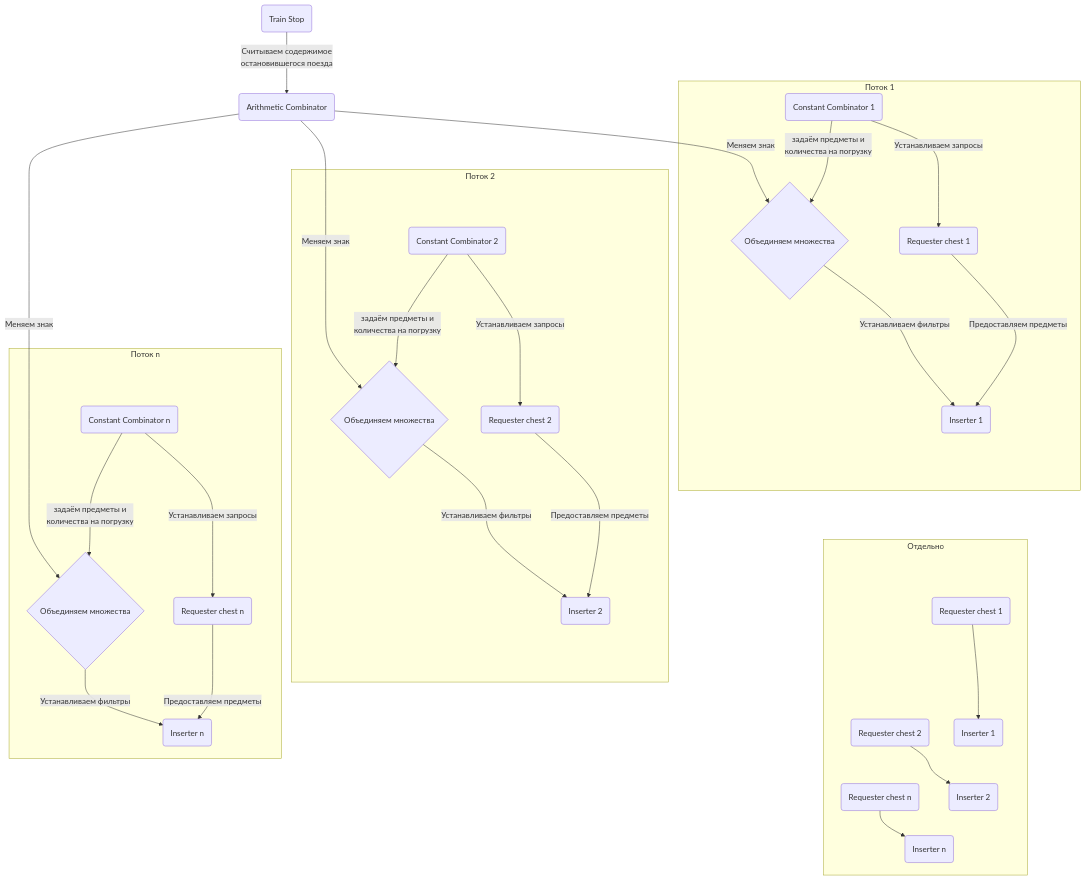
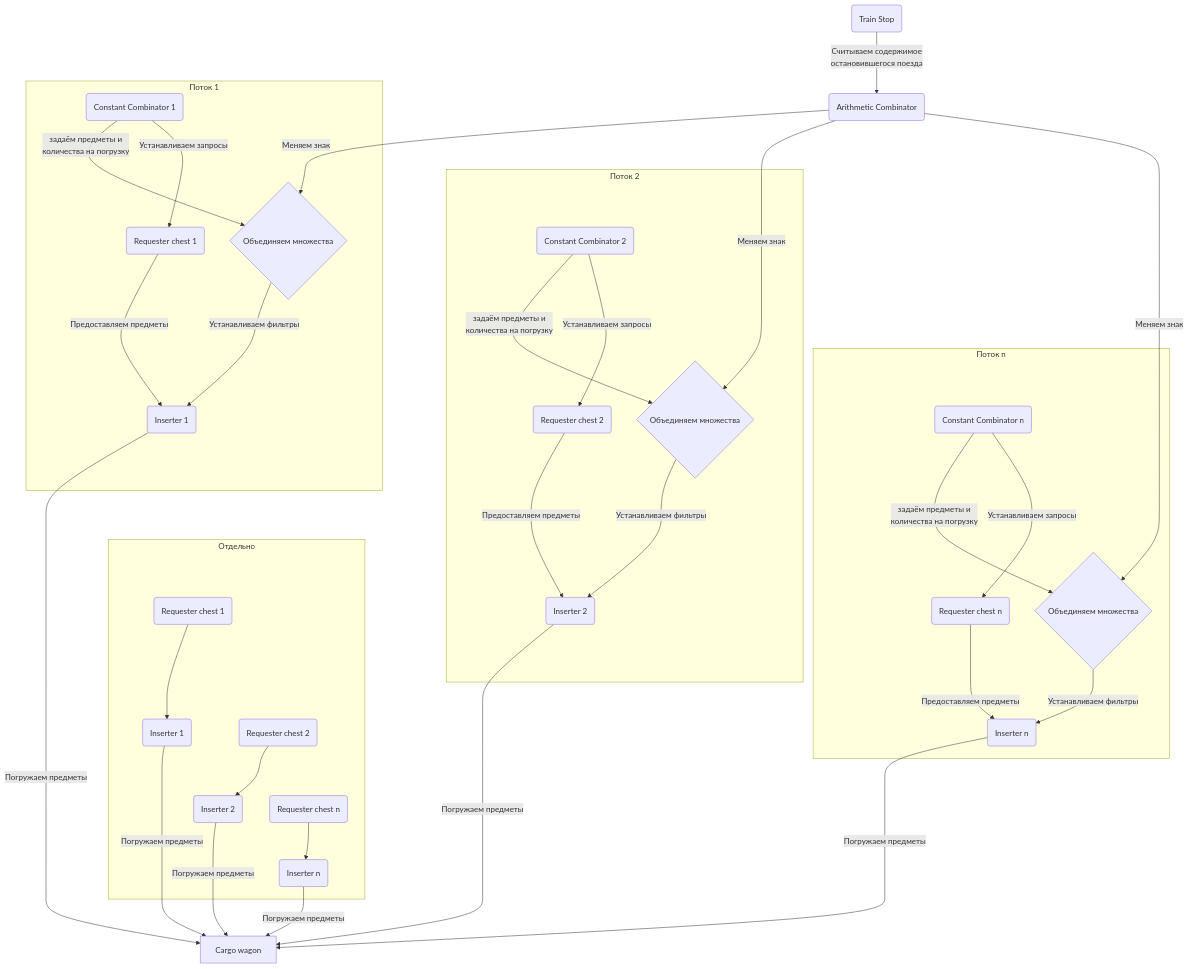
The second of 4 diagrams in docs/LoadingAndUnloadingTrains/Jlovber.md (CanadianBeaver/AwesomeFactorio), drawn with Mermaid before and after one commit. The commit also changed other lines of this file and 5 other files, not shown here.

````diff
--- a/docs/LoadingAndUnloadingTrains/Jlovber.md
+++ b/docs/LoadingAndUnloadingTrains/Jlovber.md
@@ -106,73 +108,82 @@
 ```mermaid
 graph TD
     TS(Train Stop)
     AC(Arithmetic Combinator)
+    CW[Cargo wagon]
 
     subgraph Индекс_1 [Поток 1]
         CC1(Constant Combinator 1)
         SUM1{Объединяем множества}
         RC1(Requester chest 1)
         IN1(Inserter 1)
     end
 
     subgraph Индекс_2 [Поток 2]
         CC2(Constant Combinator 2)
         SUM2{Объединяем множества}
         RC2(Requester chest 2)
         IN2(Inserter 2)
     end
 
     subgraph Индекс_n [Поток n]
         CCn(Constant Combinator n)
         SUMn{Объединяем множества}
         RCn(Requester chest n)
         INn(Inserter n)
     end
 
     subgraph Индекс_0 [Отдельно]
         RC01(Requester chest 1)
         RC02(Requester chest 2)
         RC0n(Requester chest n)
         IN01(Inserter 1)
         IN02(Inserter 2)
         IN0n(Inserter n)
     end
 
     TS -->|"Считываем содержимое<br/>остановившегося поезда"| AC
 
     AC -->|"Меняем знак"| SUM1
     AC -->|"Меняем знак"| SUM2
     AC -->|"Меняем знак"| SUMn
 
     CC1 -->|"задаём предметы и<br />количества на погрузку"| SUM1
     CC2 -->|"задаём предметы и<br />количества на погрузку"| SUM2
     CCn -->|"задаём предметы и<br />количества на погрузку"| SUMn
 
     SUM1 -->|"Устанавливаем фильтры"| IN1
     SUM2 -->|"Устанавливаем фильтры"| IN2
     SUMn -->|"Устанавливаем фильтры"| INn
 
     CC1 -->|"Устанавливаем запросы"| RC1
     CC2 -->|"Устанавливаем запросы"| RC2
     CCn -->|"Устанавливаем запросы"| RCn
 
     RC1 -->|"Предоставляем предметы"| IN1
     RC2 -->|"Предоставляем предметы"| IN2
     RCn -->|"Предоставляем предметы"| INn
 
+    IN1 -->|"Погружаем предметы"| CW
+    IN2 -->|"Погружаем предметы"| CW
+    INn -->|"Погружаем предметы"| CW
+
+    IN01 -->|"Погружаем предметы"| CW
+    IN02 -->|"Погружаем предметы"| CW
+    IN0n -->|"Погружаем предметы"| CW
+
     RC01 --> IN01
     RC02 --> IN02
     RC0n --> IN0n
 
     IN1 ~~~ RC01
     IN2 ~~~ RC02
     INn ~~~ RC0n
 
     CC1 ~~~ CC2 ~~~ CCn
     SUM1 ~~~ SUM2 ~~~ SUMn
     RC1 ~~~ RC2 ~~~ RCn
     IN1 ~~~ IN2 ~~~ INn
 
     RC01 ~~~ RC02 ~~~ RC0n
     IN01 ~~~ IN02 ~~~ IN0n
 ```
````
